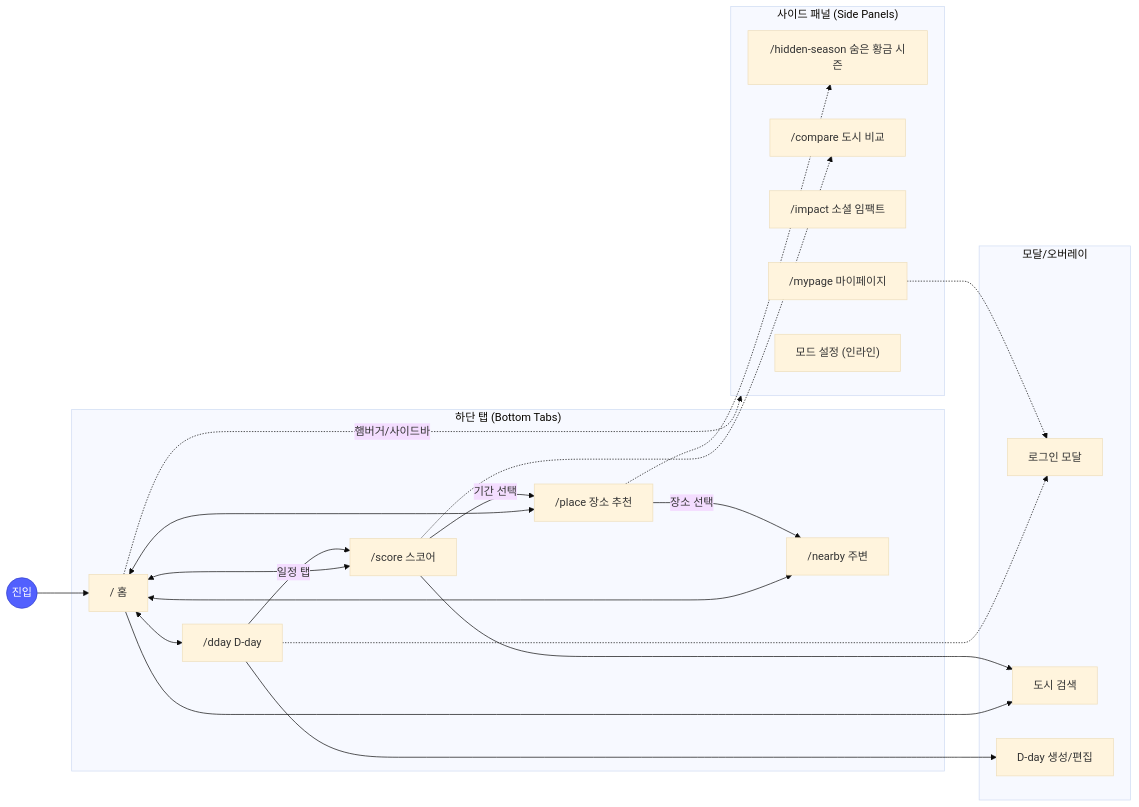
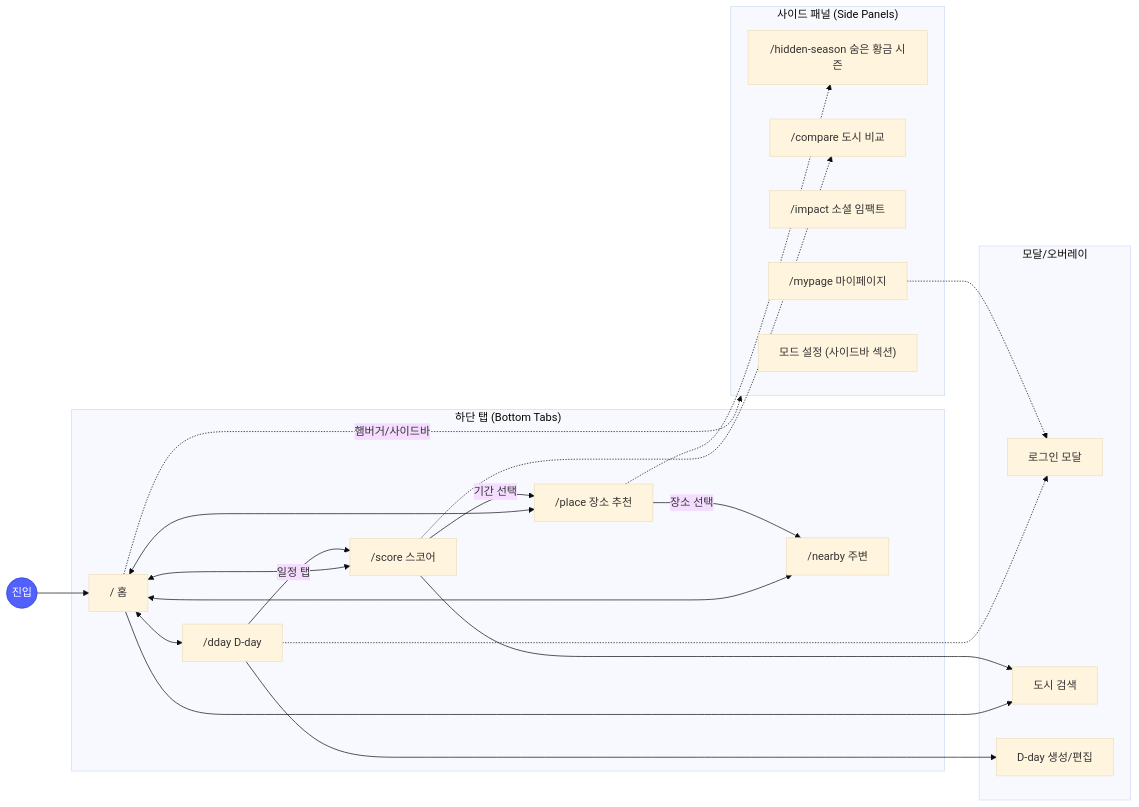
Before and after one commit to kyjzzang81/ggg: the first of 3 diagrams in docs/INFORMATION-ARCHITECTURE.md, drawn with Mermaid (base theme). The commit also changed other lines of this file and 38 other files, not shown here.

````diff
--- a/docs/INFORMATION-ARCHITECTURE.md
+++ b/docs/INFORMATION-ARCHITECTURE.md
@@ -10,48 +10,48 @@
 ```mermaid
 flowchart LR
   Root((진입)):::entry
 
   subgraph Tabs["하단 탭 (Bottom Tabs)"]
     Home["/ 홈"]
     Score["/score 스코어"]
     Place["/place 장소 추천"]
     Nearby["/nearby 주변"]
     Dday["/dday D-day"]
   end
 
   subgraph Panels["사이드 패널 (Side Panels)"]
     Hidden["/hidden-season 숨은 황금 시즌"]
     Compare["/compare 도시 비교"]
     Impact["/impact 소셜 임팩트"]
     MyPage["/mypage 마이페이지"]
-    Mode["모드 설정 (인라인)"]
+    Mode["모드 설정 (사이드바 섹션)"]
   end
 
   subgraph Modal["모달/오버레이"]
     Login["로그인 모달"]
     CitySearch["도시 검색"]
     DdayEditor["D-day 생성/편집"]
   end
 
   Root --> Home
   Home <--> Score
   Home <--> Place
   Home <--> Nearby
   Home <--> Dday
 
   Score -->|기간 선택| Place
   Place -->|장소 선택| Nearby
   Dday -->|일정 탭| Score
 
   Home -.->|햄버거/사이드바| Panels
   Score -.-> Compare
   Place -.-> Hidden
 
   Dday -.-> Login
   MyPage -.-> Login
   Home --> CitySearch
   Score --> CitySearch
   Dday --> DdayEditor
 
   classDef entry fill:#5260FE,stroke:#3340CC,color:#fff
 ```
````
